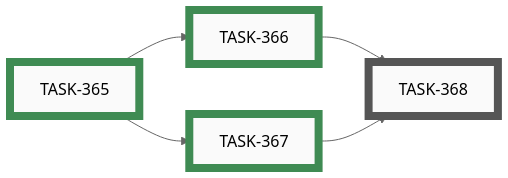
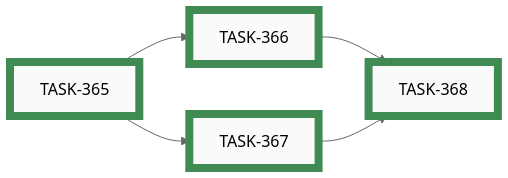
One commit to tgd1975/AwesomeGuitarPedal changed the seventh of 11 diagrams in docs/developers/tasks/EPICS.md. Above: the diagram before and after it, drawn with Mermaid (neutral theme). The commit also changed other lines of this file and 6 other files, not shown here.

First line of the commit message:
close TASK-368 + close EPIC-027: BLE services guide — Tests + References + verification pass

````diff
--- a/docs/developers/tasks/EPICS.md
+++ b/docs/developers/tasks/EPICS.md
@@ -240,23 +240,23 @@
 ```mermaid
 graph LR
-    TASK_368["TASK-368"]:::open
     TASK_365["TASK-365"]:::closed
     TASK_366["TASK-366"]:::closed
     TASK_367["TASK-367"]:::closed
+    TASK_368["TASK-368"]:::closed
+    TASK_365 --> TASK_366
+    TASK_365 --> TASK_367
     TASK_366 --> TASK_368
     TASK_367 --> TASK_368
-    TASK_365 --> TASK_366
-    TASK_365 --> TASK_367
-    click TASK_368 "open/task-368-draft-tests-references-and-verify.md"
     click TASK_365 "closed/task-365-scope-ble-services-guide.md"
     click TASK_366 "closed/task-366-draft-catalog-and-recipe-sections.md"
     click TASK_367 "closed/task-367-draft-conventions-invariants-gotchas.md"
+    click TASK_368 "closed/task-368-draft-tests-references-and-verify.md"
     classDef open    fill:#FAFAFA,stroke:#555,stroke-width:8px,color:#000
     classDef active  fill:#FAFAFA,stroke:#1A6FA8,stroke-width:8px,color:#000
     classDef closed  fill:#FAFAFA,stroke:#3F8B53,stroke-width:8px,color:#000
     classDef paused  fill:#FAFAFA,stroke:#B07810,stroke-width:8px,color:#000
     classDef openExt    fill:#000,stroke:#888,stroke-width:8px,color:#FFF
     classDef activeExt  fill:#000,stroke:#3FA9F5,stroke-width:8px,color:#FFF
     classDef closedExt  fill:#000,stroke:#7CC68A,stroke-width:8px,color:#FFF
     classDef pausedExt  fill:#000,stroke:#F0B030,stroke-width:8px,color:#FFF
 ```
````
